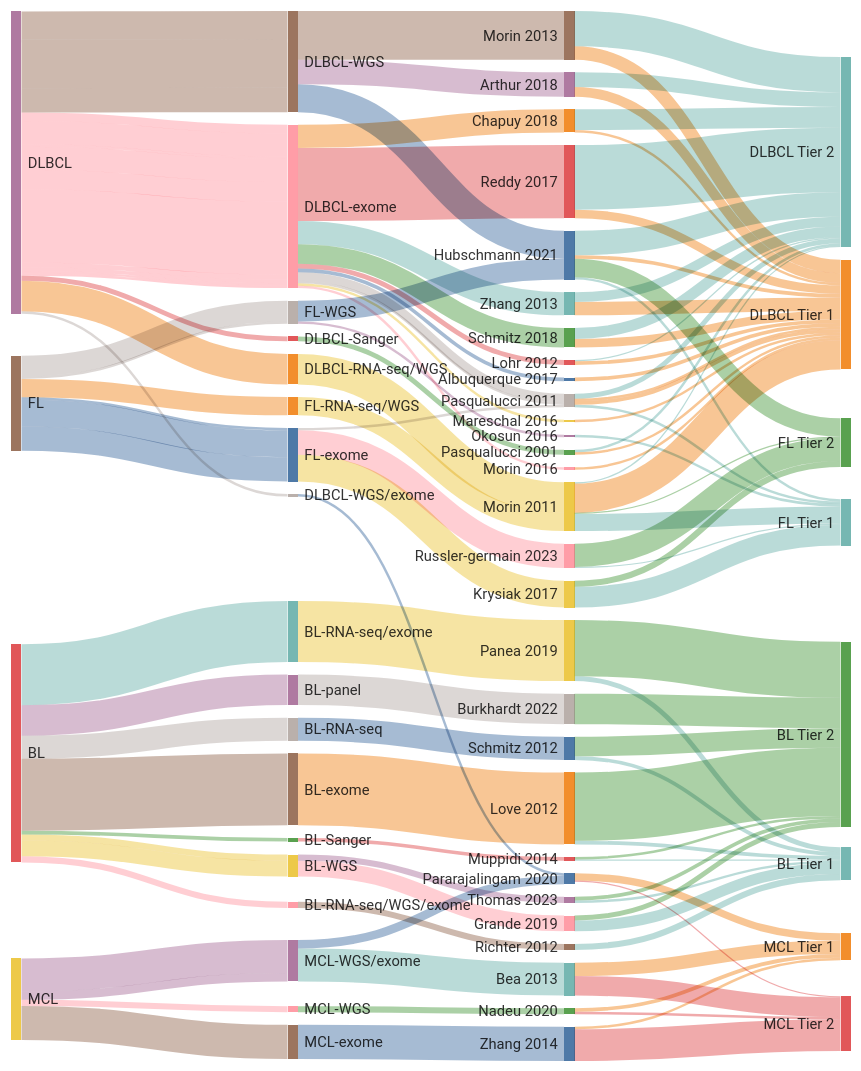
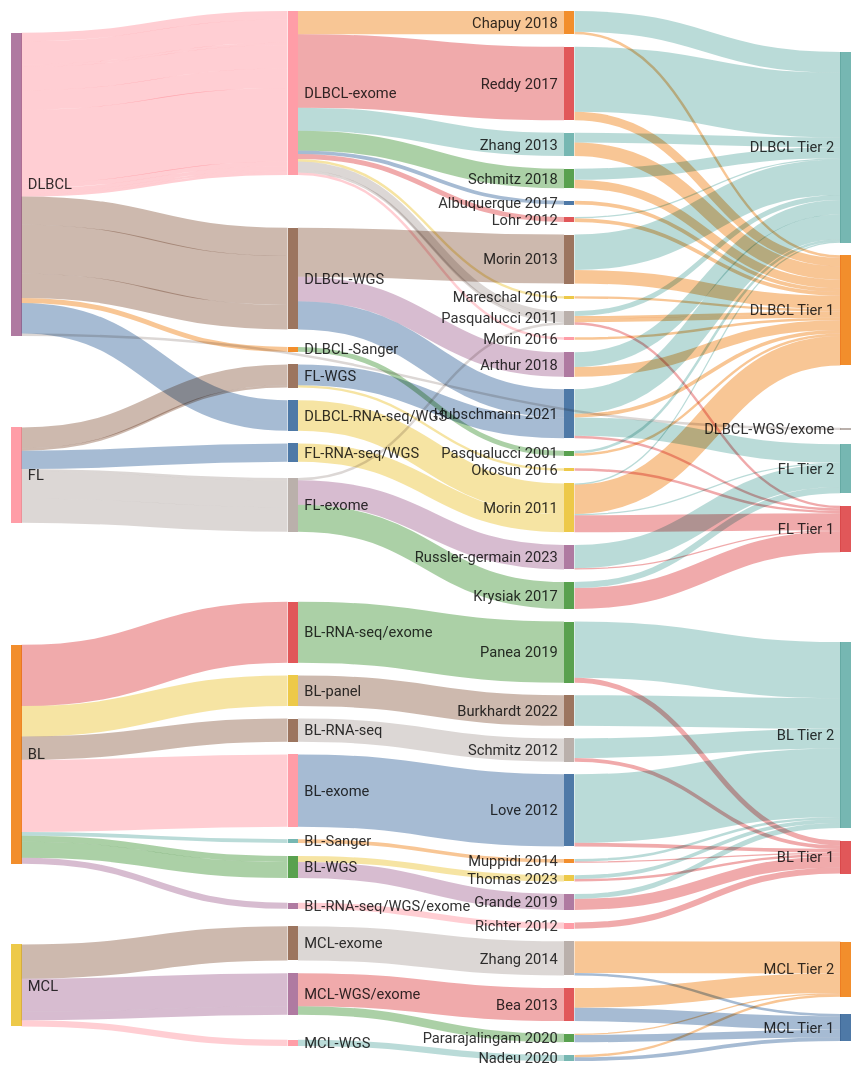
One commit to morinlab/lymphopedia changed the diagram in Home.md. Above: the diagram before and after it, drawn with Mermaid.

Commit message:
Updated Home (markdown)

```diff
--- a/Home.md
+++ b/Home.md
@@ -57,7 +57,6 @@
 DLBCL, DLBCL-WGS, 23
 DLBCL-WGS, Hubschmann 2021, 23
 DLBCL, DLBCL-WGS/exome, 2
-DLBCL-WGS/exome, Pararajalingam 2020, 2
 DLBCL, DLBCL-exome, 2
 DLBCL-exome, Pasqualucci 2011, 2
 DLBCL, DLBCL-RNA-seq/WGS, 25
```
